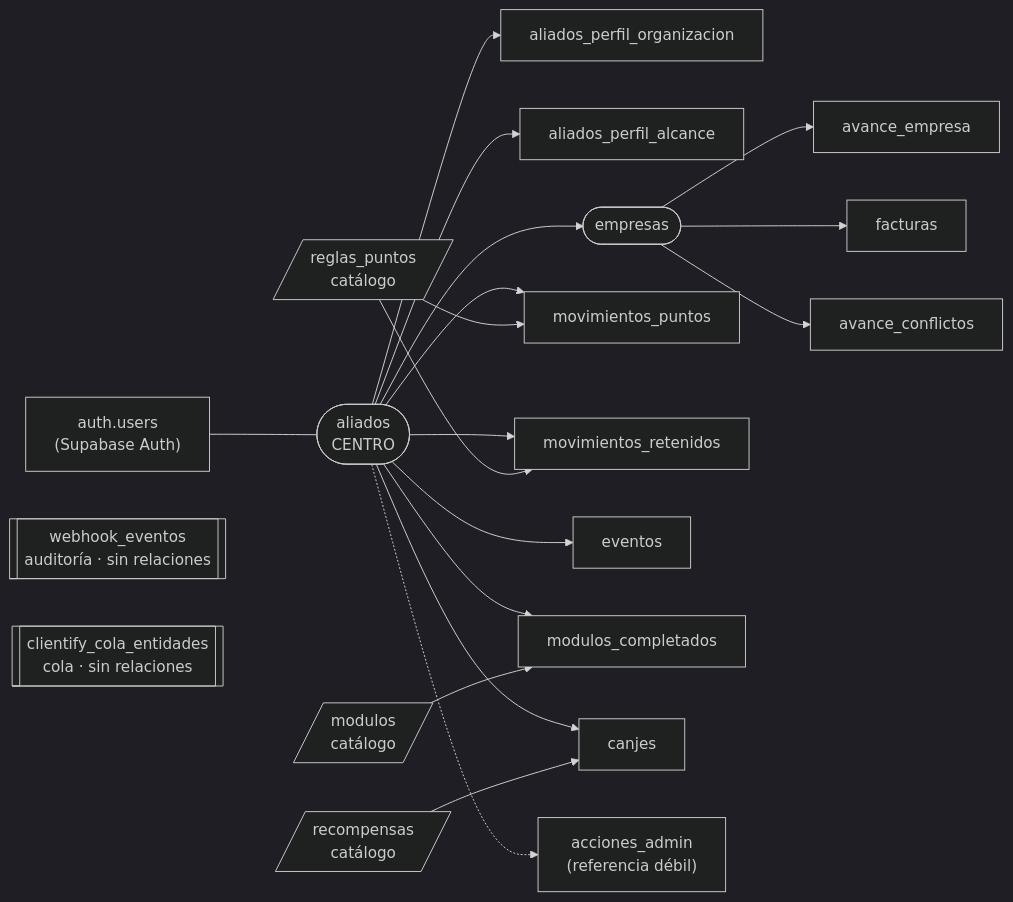
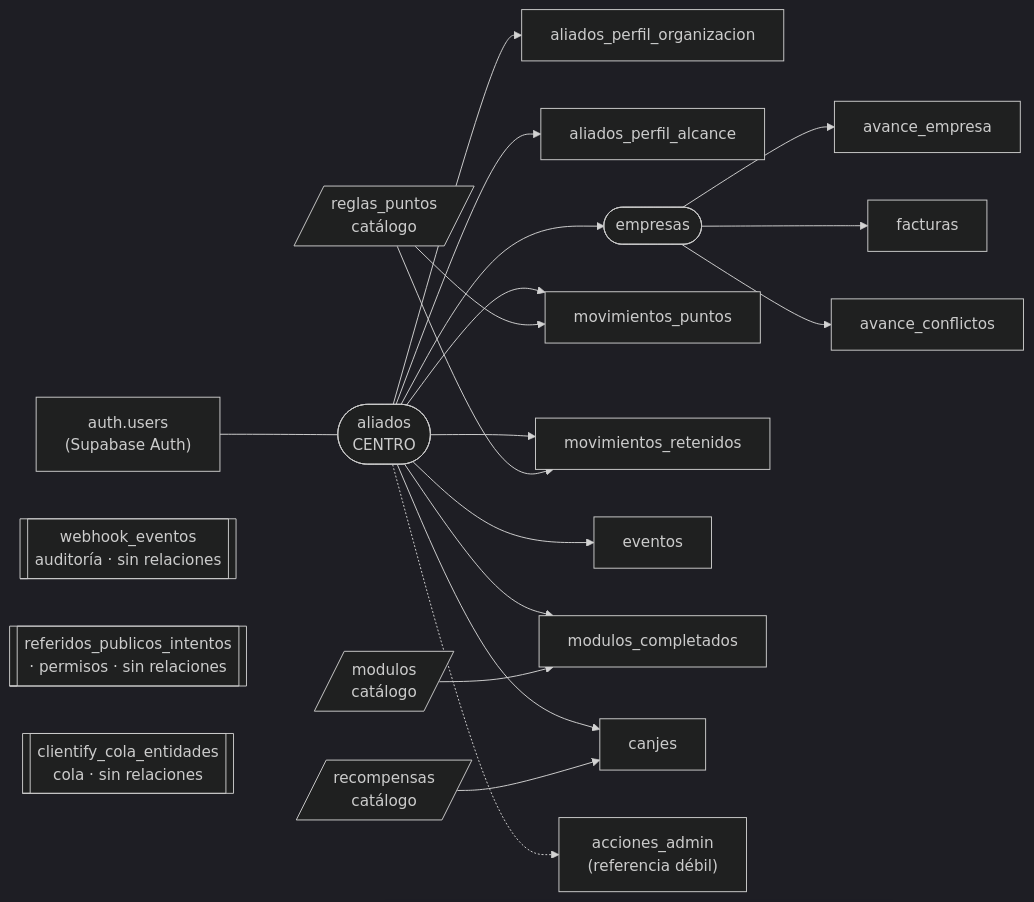
One commit to jmanurodri04-glitch/Aliados-del-sol-hub changed the tenth of 10 diagrams in docs/GUIA_HUB.md. Above: the diagram before and after it, drawn with Mermaid (dark theme). The commit also changed other lines of this file and 1 other file, not shown here.

First line of the commit message:
Documentación del formulario público de referidos

````diff
--- a/docs/GUIA_HUB.md
+++ b/docs/GUIA_HUB.md
@@ -541,23 +572,24 @@
 ```mermaid
 flowchart LR
   AUTH["auth.users<br/>(Supabase Auth)"] --- ALI
   ALI(["aliados<br/>CENTRO"])
   ALI --> PO["aliados_perfil_organizacion"]
   ALI --> PA["aliados_perfil_alcance"]
   ALI --> EMP(["empresas"])
   ALI --> MOV["movimientos_puntos"]
   ALI --> RET["movimientos_retenidos"]
   ALI --> EVT["eventos"]
   ALI --> MC["modulos_completados"]
   ALI --> CAN["canjes"]
   ALI -.-> ACC["acciones_admin<br/>(referencia débil)"]
   EMP --> AV["avance_empresa"]
   EMP --> FAC["facturas"]
   EMP --> CONF["avance_conflictos"]
   REG[/"reglas_puntos<br/>catálogo"/] --> MOV
   REG --> RET
   MOD[/"modulos<br/>catálogo"/] --> MC
   REC[/"recompensas<br/>catálogo"/] --> CAN
   WH[["webhook_eventos<br/>auditoría · sin relaciones"]]
+  RPI[["referidos_publicos_intentos<br/>· permisos · sin relaciones"]]
   COLA[["clientify_cola_entidades<br/>cola · sin relaciones"]]
 ```
````
